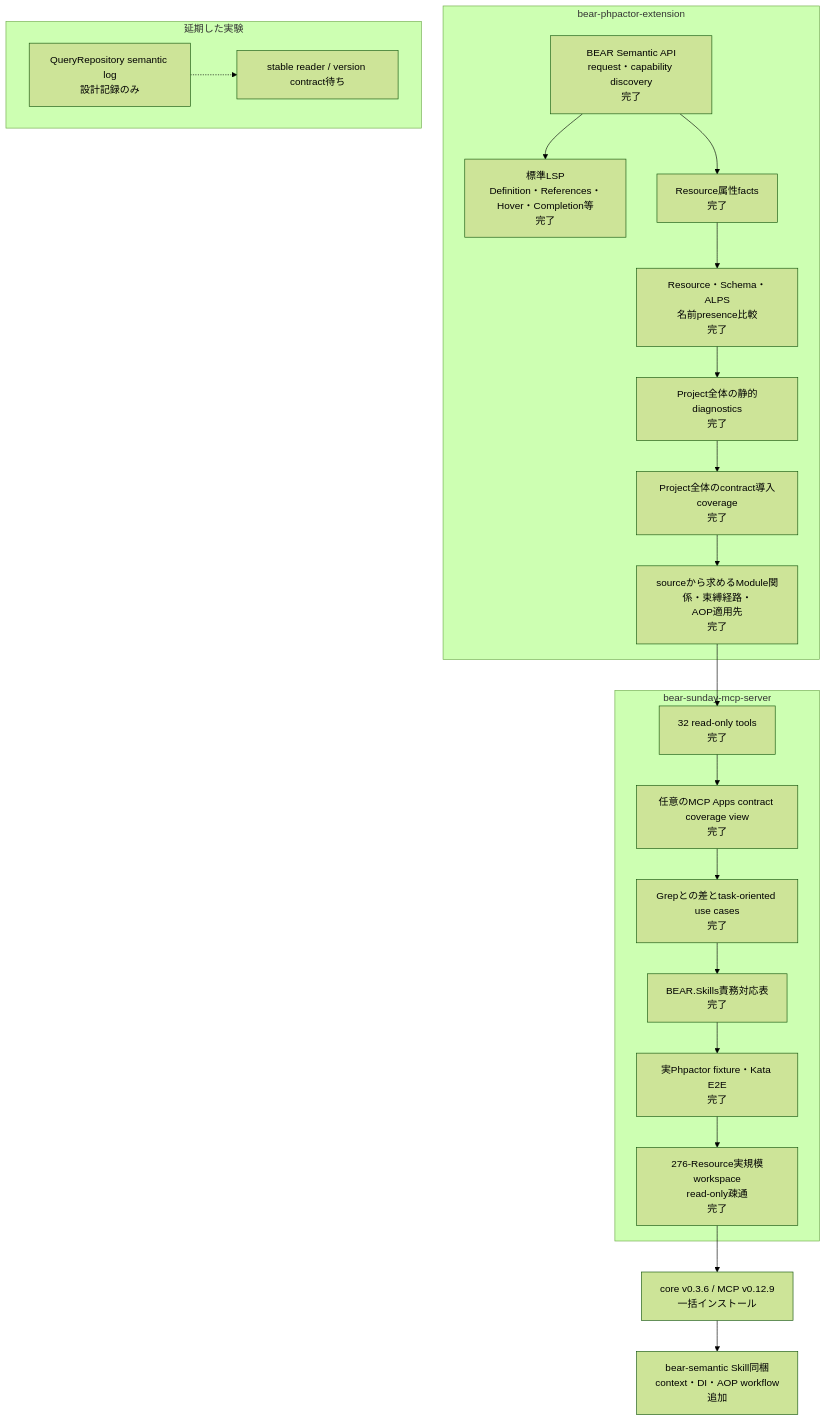
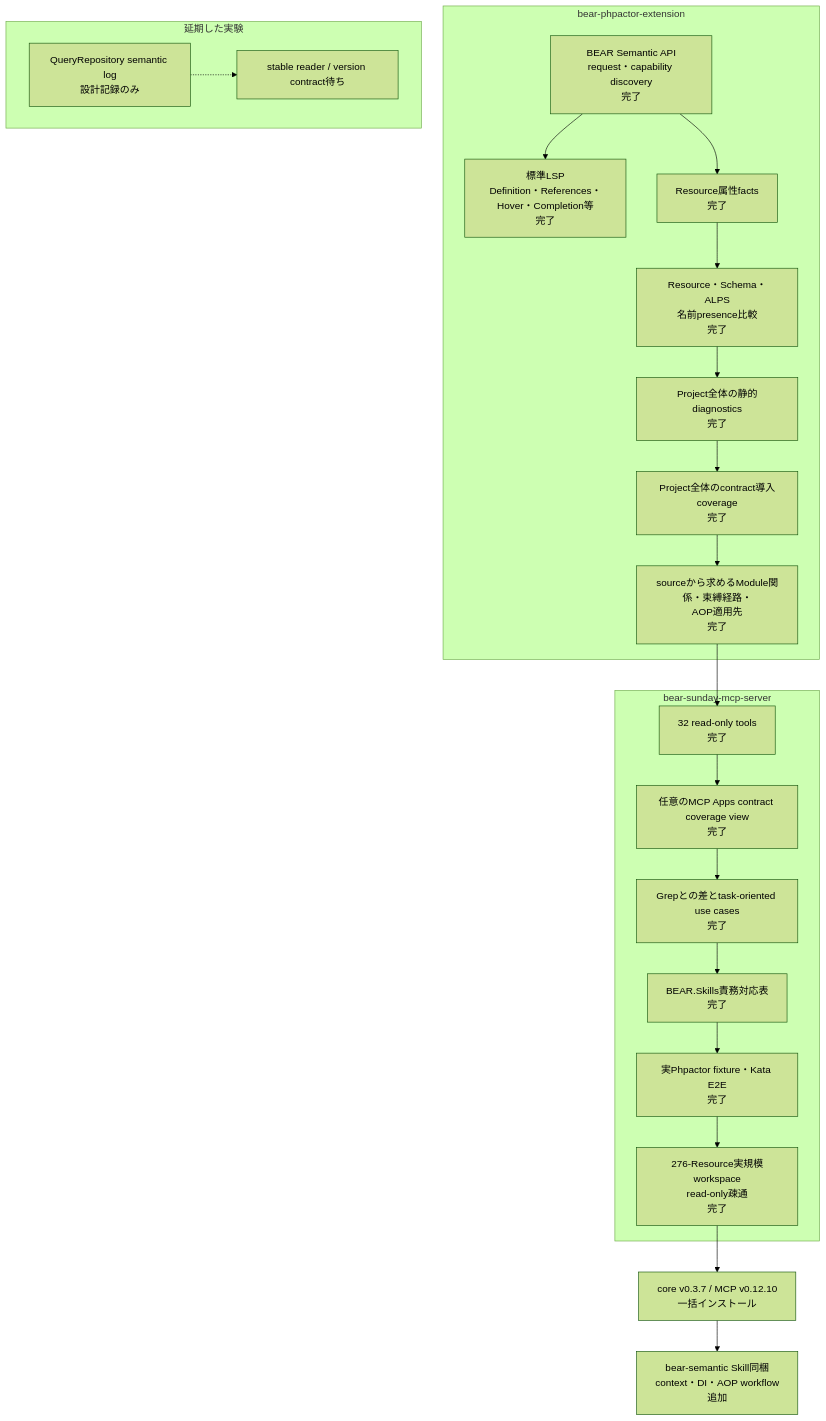
Before and after one commit to suzumaze/bear-sunday-mcp-server: the diagram in docs/project-status.ja.md, drawn with Mermaid (forest theme). The commit also changed other lines of this file and 13 other files, not shown here.

````diff
--- a/docs/project-status.ja.md
+++ b/docs/project-status.ja.md
@@ -8,35 +8,35 @@
 ```mermaid
 flowchart TB
     subgraph Core["bear-phpactor-extension"]
         C1["BEAR Semantic API<br/>request・capability discovery<br/>完了"]
         C2["標準LSP<br/>Definition・References・Hover・Completion等<br/>完了"]
         C3["Resource属性facts<br/>完了"]
         C4["Resource・Schema・ALPS<br/>名前presence比較<br/>完了"]
         C5["Project全体の静的diagnostics<br/>完了"]
         C6["Project全体のcontract導入coverage<br/>完了"]
         C7["sourceから求めるModule関係・束縛経路・<br/>AOP適用先<br/>完了"]
         C1 --> C2
         C1 --> C3 --> C4 --> C5 --> C6 --> C7
     end
 
     subgraph MCP["bear-sunday-mcp-server"]
         M1["32 read-only tools<br/>完了"]
         M0["任意のMCP Apps contract coverage view<br/>完了"]
         M2["Grepとの差とtask-oriented use cases<br/>完了"]
         M3["BEAR.Skills責務対応表<br/>完了"]
         M4["実Phpactor fixture・Kata E2E<br/>完了"]
         M5["276-Resource実規模workspace<br/>read-only疎通<br/>完了"]
         M1 --> M0 --> M2 --> M3 --> M4 --> M5
     end
 
     C7 --> M1
 
     subgraph Deferred["延期した実験"]
         D1["QueryRepository semantic log<br/>設計記録のみ"]
         D2["stable reader / version contract待ち"]
         D1 -.-> D2
     end
 
-    M5 --> R1["core v0.3.6 / MCP v0.12.9<br/>一括インストール"]
+    M5 --> R1["core v0.3.7 / MCP v0.12.10<br/>一括インストール"]
     R1 --> S1["bear-semantic Skill同梱<br/>context・DI・AOP workflow追加"]
 ```
````
